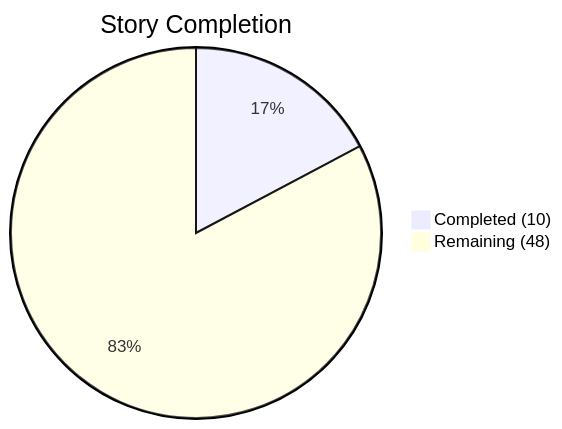
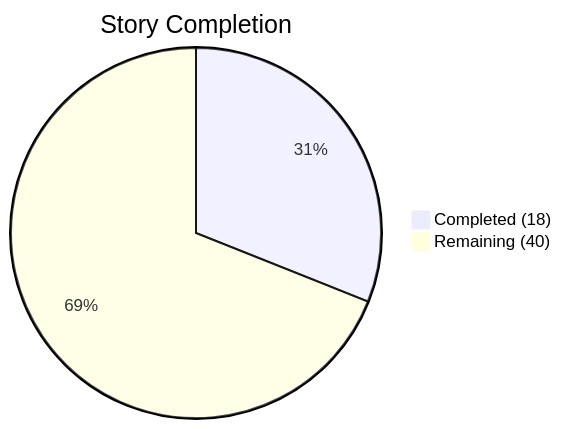
Before and after one commit to artemsemdev/SeaRise-Europe: the first of 2 diagrams in docs/delivery/ROADMAP.md, drawn with Mermaid. The commit also changed other lines of this file and 22 other files, not shown here.

````diff
--- a/docs/delivery/ROADMAP.md
+++ b/docs/delivery/ROADMAP.md
@@ -24,5 +24,5 @@
 ```mermaid
 pie title Story Completion
-    "Completed (10)" : 10
-    "Remaining (48)" : 48
+    "Completed (18)" : 18
+    "Remaining (40)" : 40
 ```
````
